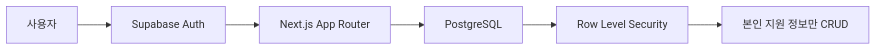
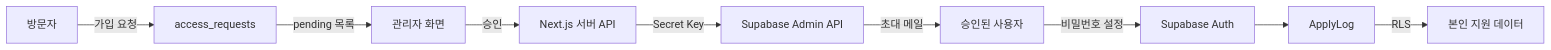
One commit to Minter-v1/Minters-job-tracker changed the first of 2 diagrams in docs/SUPABASE_SETUP.md. Above: the diagram before and after it, drawn with Mermaid. The commit also changed other lines of this file and 3 other files, not shown here.

Commit message:
docs: 관리자 승인형 Supabase 설정 및 README 문서화

````diff
--- a/docs/SUPABASE_SETUP.md
+++ b/docs/SUPABASE_SETUP.md
@@ -20,8 +18,11 @@
 ```mermaid
 flowchart LR
-    U["사용자"] --> A["Supabase Auth"]
-    A --> N["Next.js App Router"]
-    N --> DB["PostgreSQL"]
-    DB --> RLS["Row Level Security"]
-    RLS --> OWN["본인 지원 정보만 CRUD"]
+    G["방문자"] -->|가입 요청| R["access_requests"]
+    R -->|pending 목록| A["관리자 화면"]
+    A -->|승인| API["Next.js 서버 API"]
+    API -->|Secret Key| INV["Supabase Admin API"]
+    INV -->|초대 메일| U["승인된 사용자"]
+    U -->|비밀번호 설정| AUTH["Supabase Auth"]
+    AUTH --> APP["ApplyLog"]
+    APP -->|RLS| DB["본인 지원 데이터"]
 ```
````
